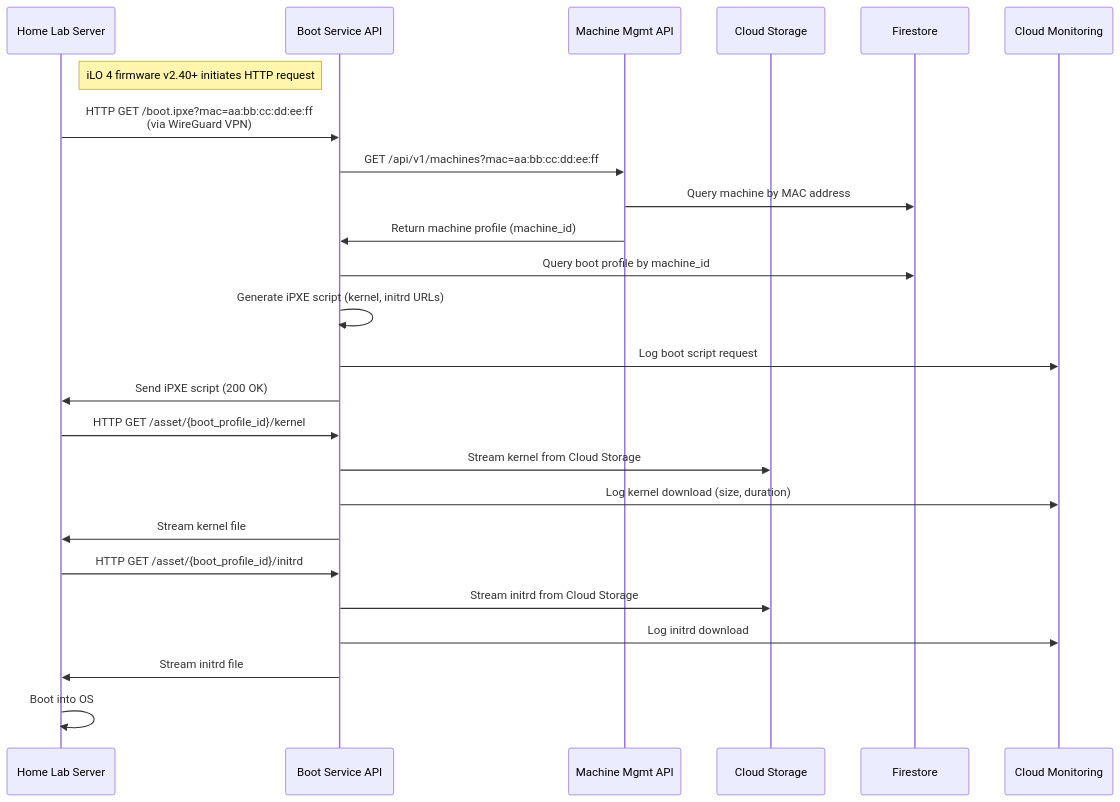
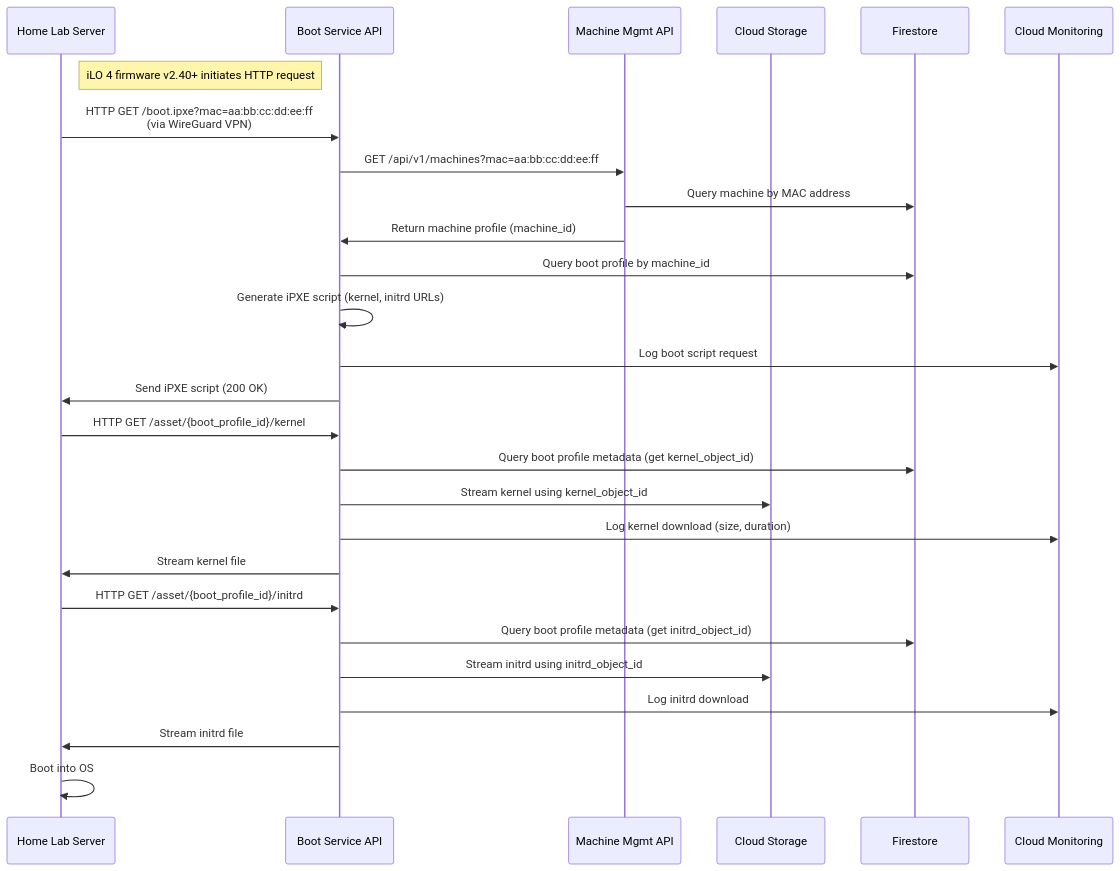
The third of 11 diagrams in docs/content/r&d/adrs/0005-network-boot-infrastructure-gcp.md (Zaba505/infra), drawn with Mermaid before and after one commit. The commit also changed other lines of this file, not shown here.

Commit message:
docs(issue-605): fixing some flows

````diff
--- a/docs/content/r&d/adrs/0005-network-boot-infrastructure-gcp.md
+++ b/docs/content/r&d/adrs/0005-network-boot-infrastructure-gcp.md
@@ -217,33 +213,35 @@
 ```mermaid
 sequenceDiagram
     participant Server as Home Lab Server
     participant BootAPI as Boot Service API
     participant MachineAPI as Machine Mgmt API
     participant Storage as Cloud Storage
     participant DB as Firestore
     participant Monitor as Cloud Monitoring
 
     Note right of Server: iLO 4 firmware v2.40+ initiates HTTP request
     Server->>BootAPI: HTTP GET /boot.ipxe?mac=aa:bb:cc:dd:ee:ff<br/>(via WireGuard VPN)
     
     BootAPI->>MachineAPI: GET /api/v1/machines?mac=aa:bb:cc:dd:ee:ff
     MachineAPI->>DB: Query machine by MAC address
     MachineAPI->>BootAPI: Return machine profile (machine_id)
     
     BootAPI->>DB: Query boot profile by machine_id
     BootAPI->>BootAPI: Generate iPXE script (kernel, initrd URLs)
     BootAPI->>Monitor: Log boot script request
     BootAPI->>Server: Send iPXE script (200 OK)
     
     Server->>BootAPI: HTTP GET /asset/{boot_profile_id}/kernel
-    BootAPI->>Storage: Stream kernel from Cloud Storage
+    BootAPI->>DB: Query boot profile metadata (get kernel_object_id)
+    BootAPI->>Storage: Stream kernel using kernel_object_id
     BootAPI->>Monitor: Log kernel download (size, duration)
     BootAPI->>Server: Stream kernel file
     
     Server->>BootAPI: HTTP GET /asset/{boot_profile_id}/initrd
-    BootAPI->>Storage: Stream initrd from Cloud Storage
+    BootAPI->>DB: Query boot profile metadata (get initrd_object_id)
+    BootAPI->>Storage: Stream initrd using initrd_object_id
     BootAPI->>Monitor: Log initrd download
     BootAPI->>Server: Stream initrd file
     
     Server->>Server: Boot into OS
 ```
````
